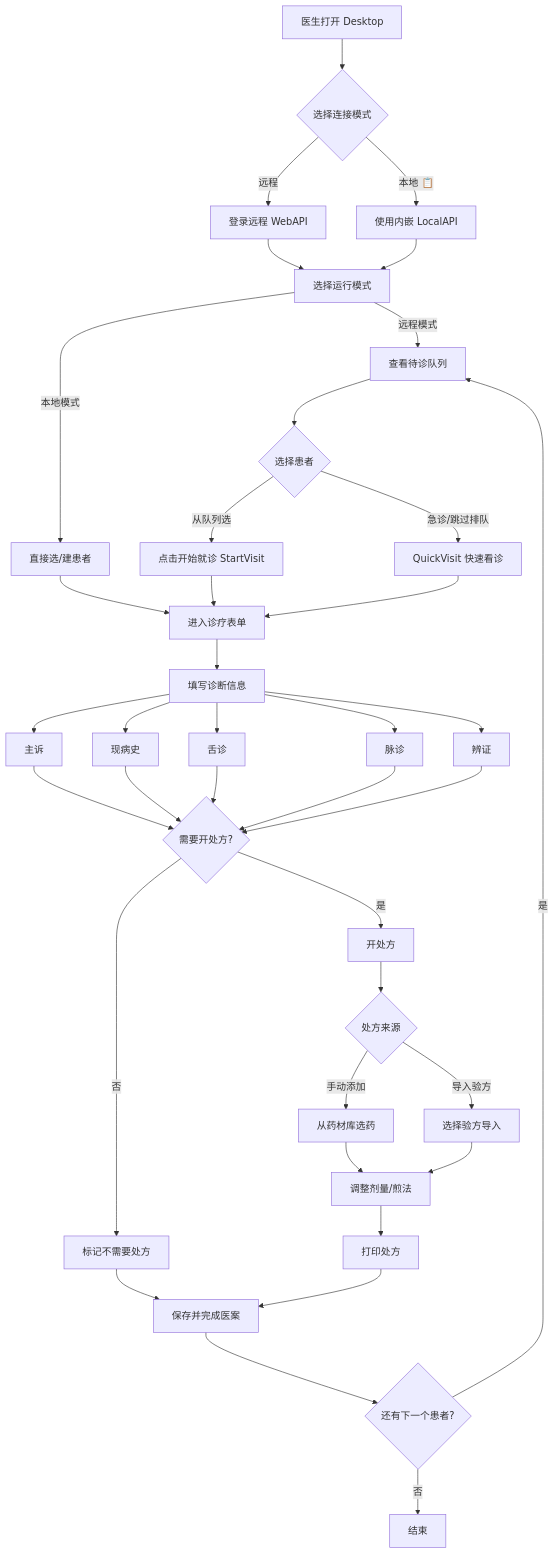
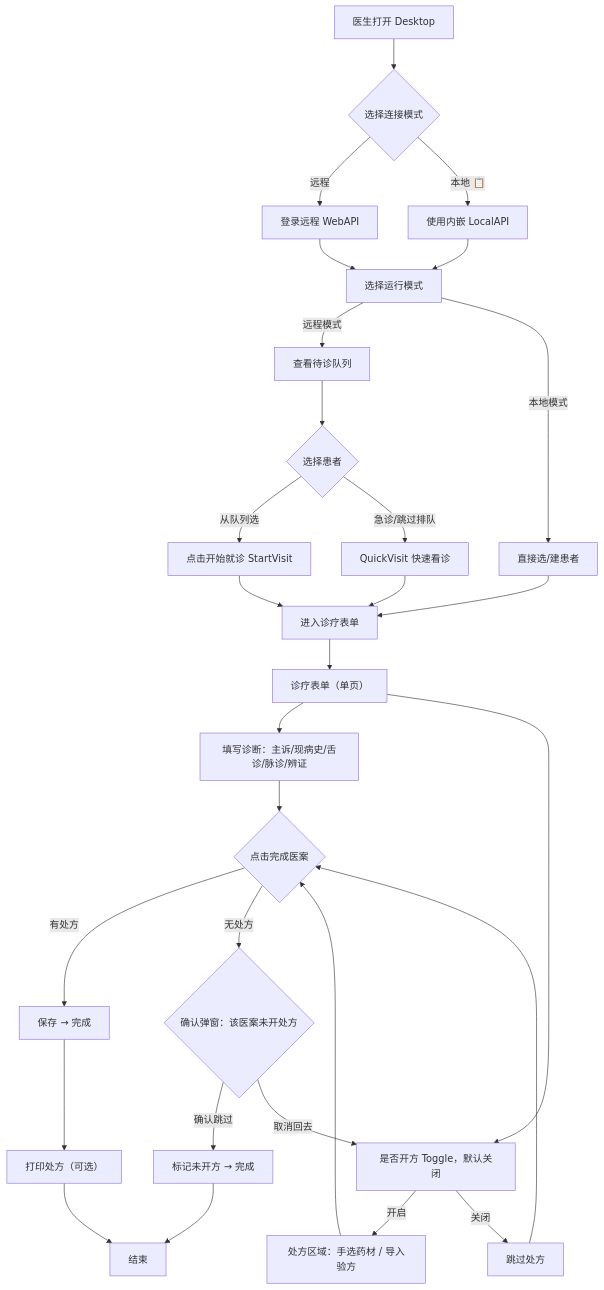
One commit to shouqitao/LYBTZYZS changed the eighth of 11 diagrams in docs/01-product/02-personas.md. Above: the diagram before and after it, drawn with Mermaid. The commit also changed other lines of this file, not shown here.

Commit message:
docs(personas): Doctor consultation as single-page form with Toggle safeguard
- 单页表单：诊断区域 + 处方区域（Toggle 控制显隐）
- Toggle 默认关闭，完成时无处方弹确认弹窗
- 打印和完成独立操作
- 附 UI 布局草图和交互说明

````diff
--- a/docs/01-product/02-personas.md
+++ b/docs/01-product/02-personas.md
@@ -240,41 +240,32 @@
 ```mermaid
 flowchart TD
     A[医生打开 Desktop] --> B{选择连接模式}
     B -->|远程| C[登录远程 WebAPI]
     B -->|本地 📋| D[使用内嵌 LocalAPI]
     C --> E[选择运行模式]
     D --> E
     E -->|远程模式| F[查看待诊队列]
     E -->|本地模式| G[直接选/建患者]
 
     F --> H{选择患者}
     H -->|从队列选| I[点击开始就诊 StartVisit]
     H -->|急诊/跳过排队| J[QuickVisit 快速看诊]
     G --> K[进入诊疗表单]
     I --> K
     J --> K
 
-    K --> L[填写诊断信息]
-    L --> L1[主诉]
-    L --> L2[现病史]
-    L --> L3[舌诊]
-    L --> L4[脉诊]
-    L --> L5[辨证]
+    K --> L[诊疗表单（单页）]
+    L --> L1[填写诊断：主诉/现病史/舌诊/脉诊/辨证]
+    L --> L2[是否开方 Toggle，默认关闭]
+    L2 -->|开启| L3[处方区域：手选药材 / 导入验方]
+    L2 -->|关闭| L4[跳过处方]
 
-    L1 & L2 & L3 & L4 & L5 --> M{需要开处方?}
-    M -->|是| N[开处方]
-    M -->|否| O[标记不需要处方]
-
-    N --> N1{处方来源}
-    N1 -->|手动添加| N2[从药材库选药]
-    N1 -->|导入验方| N3[选择验方导入]
-    N2 & N3 --> P[调整剂量/煎法]
-
-    P --> Q[打印处方]
-    O --> R[保存并完成医案]
+    L1 & L3 & L4 --> M{点击完成医案}
+    M -->|有处方| N[保存 → 完成]
+    M -->|无处方| O{确认弹窗：该医案未开处方}
+    O -->|确认跳过| P[标记未开方 → 完成]
+    O -->|取消回去| L2
+    N --> Q[打印处方（可选）]
+    P --> R[结束]
     Q --> R
-
-    R --> S{还有下一个患者?}
-    S -->|是| F
-    S -->|否| T[结束]
 ```
````
